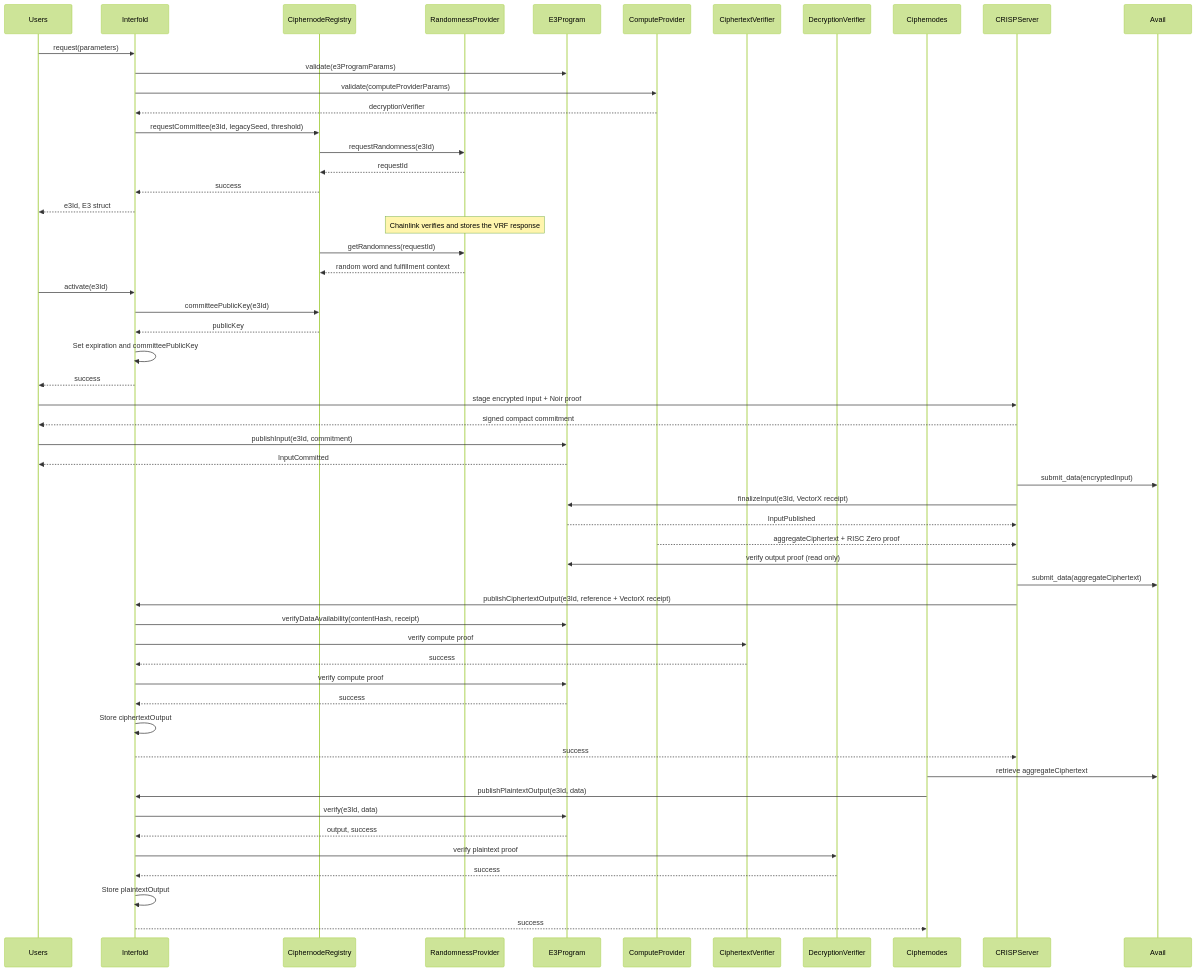
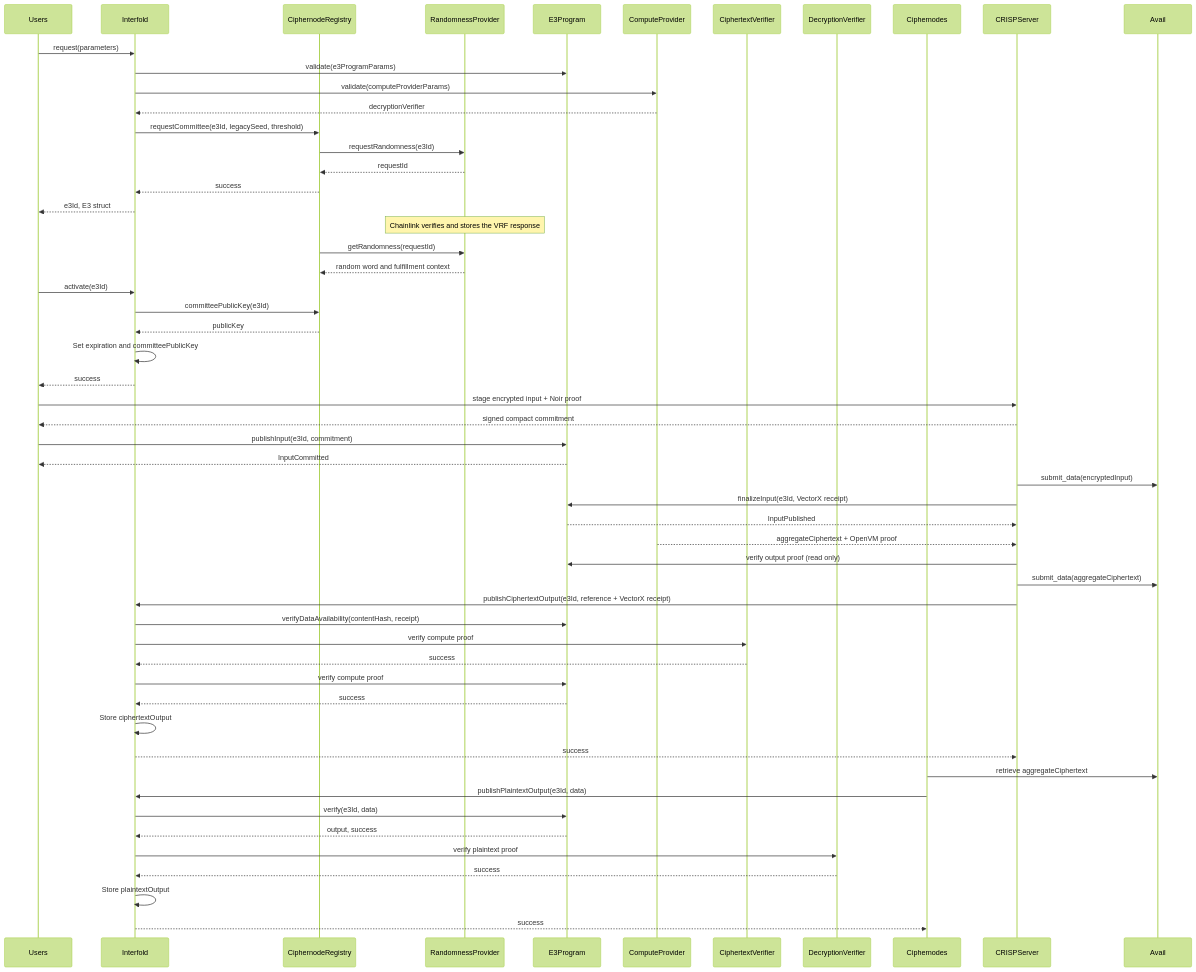
One commit to theinterfold/interfold changed the diagram in README.md. Above: the diagram before and after it, drawn with Mermaid (forest theme). The commit also changed 130 other files, not shown here.

````diff
--- a/README.md
+++ b/README.md
@@ -264,61 +264,61 @@
 ```mermaid
 sequenceDiagram
     participant Users
     participant Interfold
     participant CiphernodeRegistry
     participant RandomnessProvider
     participant E3Program
     participant ComputeProvider
     participant CiphertextVerifier
     participant DecryptionVerifier
     participant Ciphernodes
 
     Users->>Interfold: request(parameters)
     Interfold->>E3Program: validate(e3ProgramParams)
     Interfold->>ComputeProvider: validate(computeProviderParams)
     ComputeProvider-->>Interfold: decryptionVerifier
     Interfold->>CiphernodeRegistry: requestCommittee(e3Id, legacySeed, threshold)
     CiphernodeRegistry->>RandomnessProvider: requestRandomness(e3Id)
     RandomnessProvider-->>CiphernodeRegistry: requestId
     CiphernodeRegistry-->>Interfold: success
     Interfold-->>Users: e3Id, E3 struct
 
     Note over RandomnessProvider: Chainlink verifies and stores the VRF response
     CiphernodeRegistry->>RandomnessProvider: getRandomness(requestId)
     RandomnessProvider-->>CiphernodeRegistry: random word and fulfillment context
 
     Users->>Interfold: activate(e3Id)
     Interfold->>CiphernodeRegistry: committeePublicKey(e3Id)
     CiphernodeRegistry-->>Interfold: publicKey
     Interfold->>Interfold: Set expiration and committeePublicKey
     Interfold-->>Users: success
 
     Users->>CRISPServer: stage encrypted input + Noir proof
     CRISPServer-->>Users: signed compact commitment
     Users->>E3Program: publishInput(e3Id, commitment)
     E3Program-->>Users: InputCommitted
     CRISPServer->>Avail: submit_data(encryptedInput)
     CRISPServer->>E3Program: finalizeInput(e3Id, VectorX receipt)
     E3Program-->>CRISPServer: InputPublished
 
-    ComputeProvider-->>CRISPServer: aggregateCiphertext + RISC Zero proof
+    ComputeProvider-->>CRISPServer: aggregateCiphertext + OpenVM proof
     CRISPServer->>E3Program: verify output proof (read only)
     CRISPServer->>Avail: submit_data(aggregateCiphertext)
     CRISPServer->>Interfold: publishCiphertextOutput(e3Id, reference + VectorX receipt)
     Interfold->>E3Program: verifyDataAvailability(contentHash, receipt)
     Interfold->>CiphertextVerifier: verify compute proof
     CiphertextVerifier-->>Interfold: success
     Interfold->>E3Program: verify compute proof
     E3Program-->>Interfold: success
     Interfold->>Interfold: Store ciphertextOutput
     Interfold-->>CRISPServer: success
 
     Ciphernodes->>Avail: retrieve aggregateCiphertext
     Ciphernodes->>Interfold: publishPlaintextOutput(e3Id, data)
     Interfold->>E3Program: verify(e3Id, data)
     E3Program-->>Interfold: output, success
     Interfold->>DecryptionVerifier: verify plaintext proof
     DecryptionVerifier-->>Interfold: success
     Interfold->>Interfold: Store plaintextOutput
     Interfold-->>Ciphernodes: success
 ```
````
